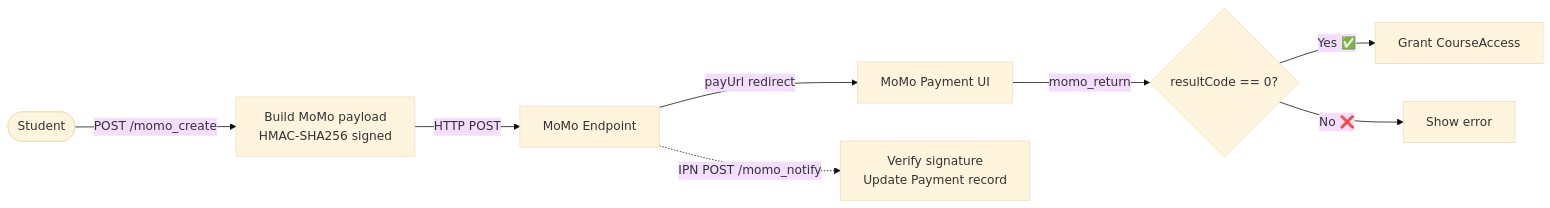
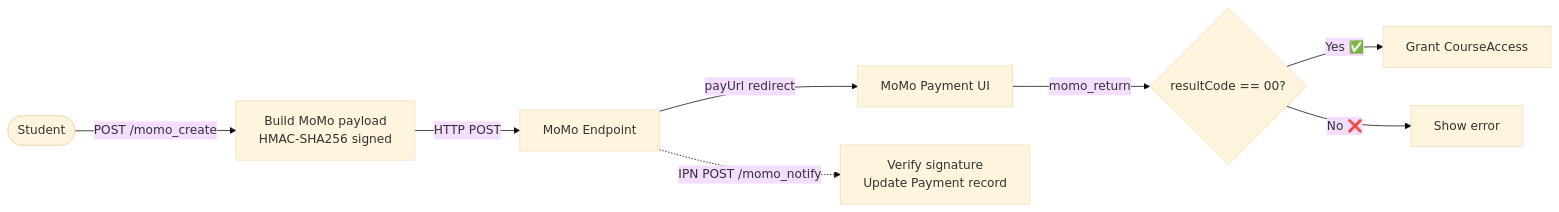
One commit to ThiPhu210/IELTS_LEARNING_PLATFORM changed the eighth of 9 diagrams in README.md. Above: the diagram before and after it, drawn with Mermaid (base theme). The commit also changed other lines of this file, not shown here.

````diff
--- a/README.md
+++ b/README.md
@@ -428,10 +427,10 @@
 ```mermaid
 flowchart LR
     A([Student]) -->|POST /momo_create| B[Build MoMo payload\nHMAC-SHA256 signed]
     B -->|HTTP POST| C[MoMo Endpoint]
     C -->|payUrl redirect| D[MoMo Payment UI]
-    D -->|momo_return| E{resultCode == 0?}
+    D -->|momo_return| E{resultCode == 00?}
     E -->|Yes ✅| F[Grant CourseAccess]
     E -->|No ❌| G[Show error]
     C -.->|IPN POST /momo_notify| H[Verify signature\nUpdate Payment record]
 ```
````
